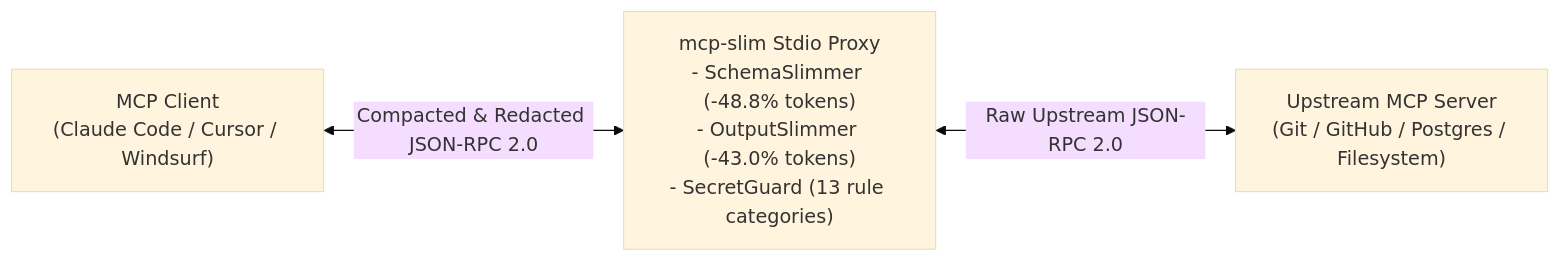
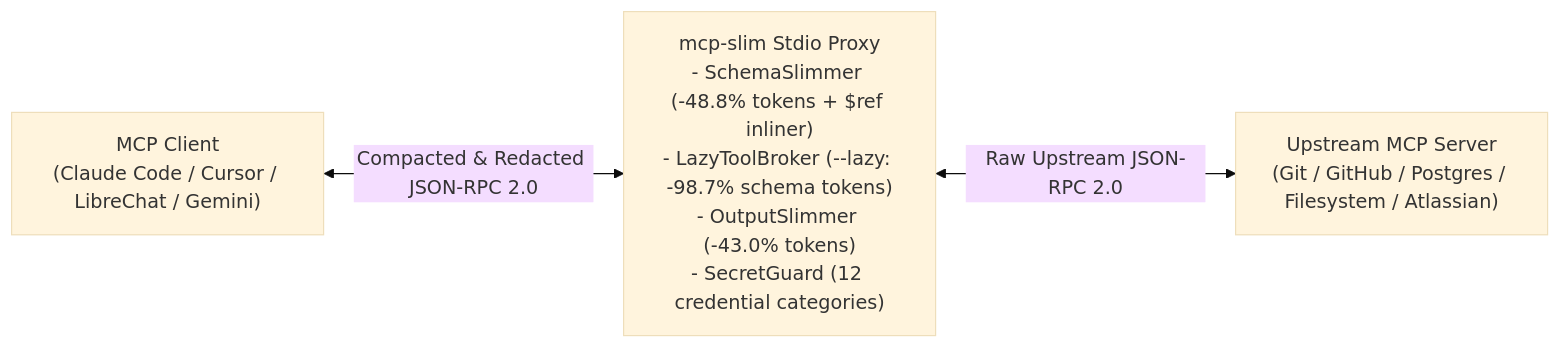
The diagram in README.md (SalyyS1/mcp-slim), drawn with Mermaid (base theme) before and after one commit. The commit also changed other lines of this file and 5 other files, not shown here.

Commit message:
feat(v0.2.0): add LazyToolBroker (--lazy -98.7% schema tokens), / inliner, glob filters, and audit CLI

````diff
--- a/README.md
+++ b/README.md
@@ -22,9 +25,9 @@
 ```mermaid
 flowchart LR
-    Client["MCP Client\n(Claude Code / Cursor / Windsurf)"]
-    Proxy["mcp-slim Stdio Proxy\n- SchemaSlimmer (-48.8% tokens)\n- OutputSlimmer (-43.0% tokens)\n- SecretGuard (13 rule categories)"]
-    Server["Upstream MCP Server\n(Git / GitHub / Postgres / Filesystem)"]
+    Client["MCP Client\n(Claude Code / Cursor / LibreChat / Gemini)"]
+    Proxy["mcp-slim Stdio Proxy\n- SchemaSlimmer (-48.8% tokens + $ref inliner)\n- LazyToolBroker (--lazy: -98.7% schema tokens)\n- OutputSlimmer (-43.0% tokens)\n- SecretGuard (12 credential categories)"]
+    Server["Upstream MCP Server\n(Git / GitHub / Postgres / Filesystem / Atlassian)"]
 
     Client <-->|"Compacted & Redacted JSON-RPC 2.0"| Proxy
     Proxy <-->|"Raw Upstream JSON-RPC 2.0"| Server
 ```
````
